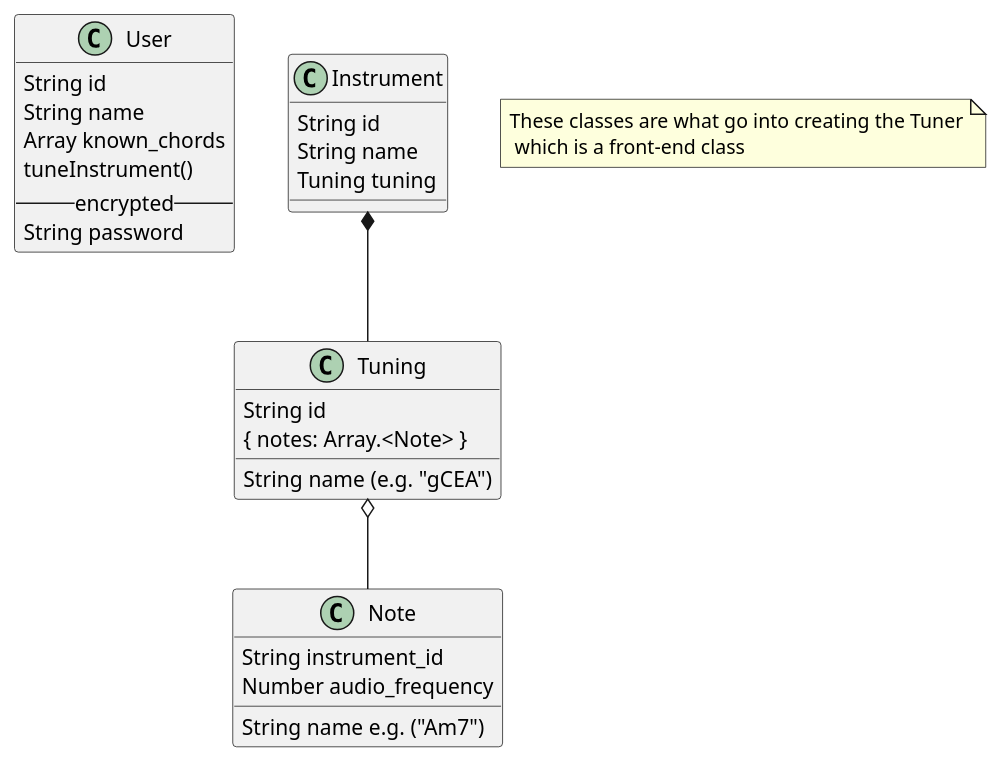
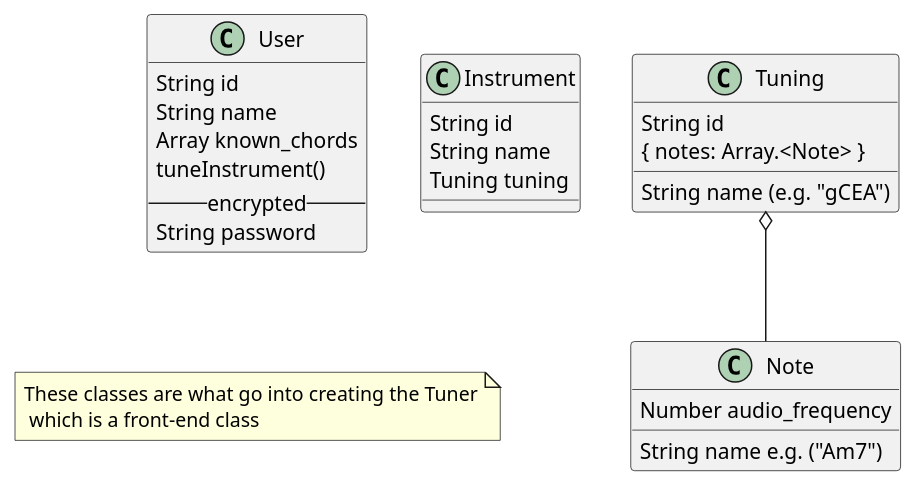
One commit to sareg0/uke-box changed the diagram in uke-box-v1.wsd. Above: the diagram before and after it, drawn with PlantUML.

Commit message:
Remove instrument_id from Note and Instrument/Tuning association

```diff
--- a/uke-box-v1.wsd
+++ b/uke-box-v1.wsd
@@ -1,35 +1,33 @@
 @startuml
 
 class User {
   String id
   String name
   Array known_chords
   tuneInstrument()
   --encrypted--
   String password
 }
 
 class Instrument {
   String id
   String name
   Tuning tuning
 }
 
 class Note {
-  String instrument_id
   Number audio_frequency
   String name e.g. ("Am7")
 }
 
 class Tuning {
   String id
   { notes: Array.<Note> }
   String name (e.g. "gCEA")
 }
 
 Tuning o-- Note
-Instrument *-- Tuning
 
 note "These classes are what go into creating the Tuner\n which is a front-end class" as N1
 
 @enduml
```
